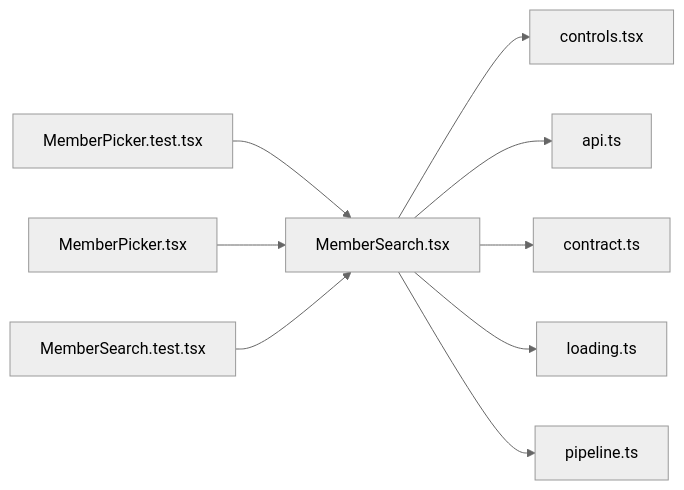
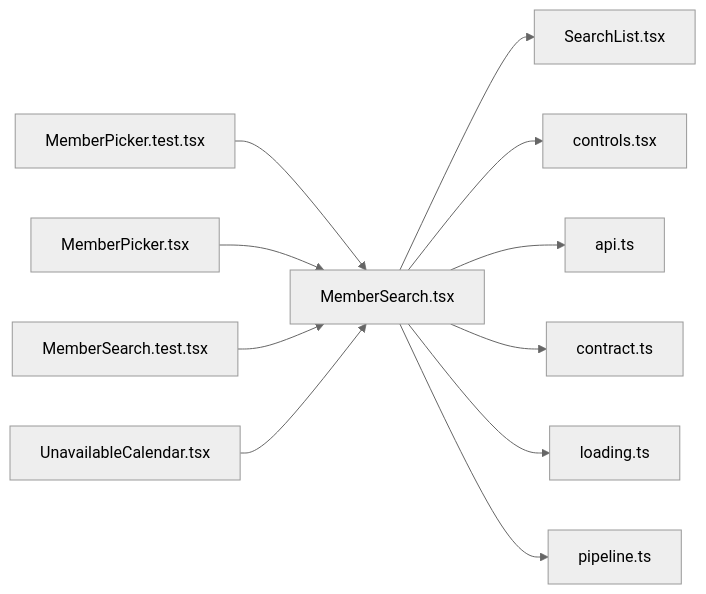
One commit to minkong-dev/Banblit changed the diagram in .cluedoc/graph/frontend/src/components/MemberSearch.md. Above: the diagram before and after it, drawn with Mermaid (neutral theme). The commit also changed other lines of this file and 45 other files, not shown here.

First line of the commit message:
frontend: show unavailable times as a member calendar and a team heatmap

````diff
--- a/.cluedoc/graph/frontend/src/components/MemberSearch.md
+++ b/.cluedoc/graph/frontend/src/components/MemberSearch.md
@@ -10,12 +10,14 @@
 ```mermaid
 flowchart LR
   frontend_src_components_MemberSearch["MemberSearch.tsx"]
+  frontend_src_components_MemberSearch --> frontend_src_components_SearchList["SearchList.tsx"]
   frontend_src_components_MemberSearch --> frontend_src_components_controls["controls.tsx"]
   frontend_src_components_MemberSearch --> frontend_src_lib_api["api.ts"]
   frontend_src_components_MemberSearch --> frontend_src_lib_contract["contract.ts"]
   frontend_src_components_MemberSearch --> frontend_src_lib_loading["loading.ts"]
   frontend_src_components_MemberSearch --> frontend_src_lib_pipeline["pipeline.ts"]
   frontend_src_components_MemberPicker_test["MemberPicker.test.tsx"] --> frontend_src_components_MemberSearch
   frontend_src_components_MemberPicker["MemberPicker.tsx"] --> frontend_src_components_MemberSearch
   frontend_src_components_MemberSearch_test["MemberSearch.test.tsx"] --> frontend_src_components_MemberSearch
+  frontend_src_routes_UnavailableCalendar["UnavailableCalendar.tsx"] --> frontend_src_components_MemberSearch
 ```
````
